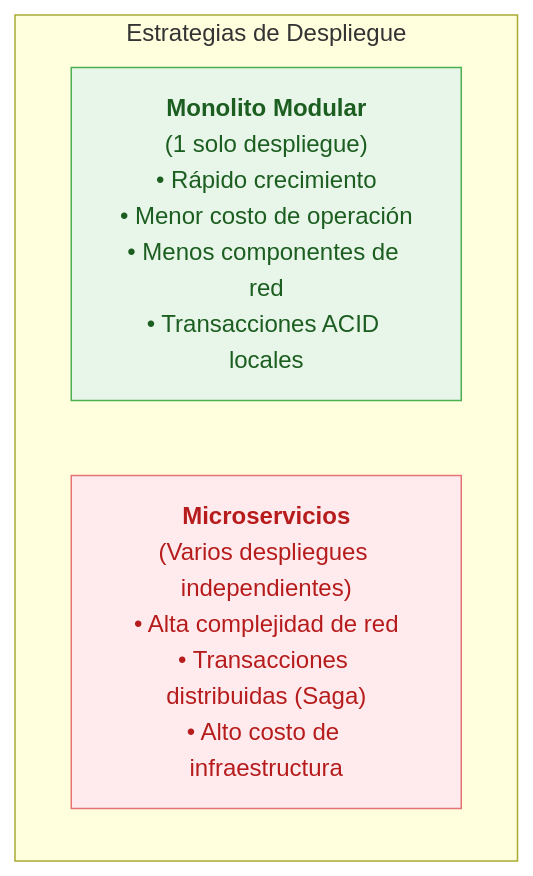
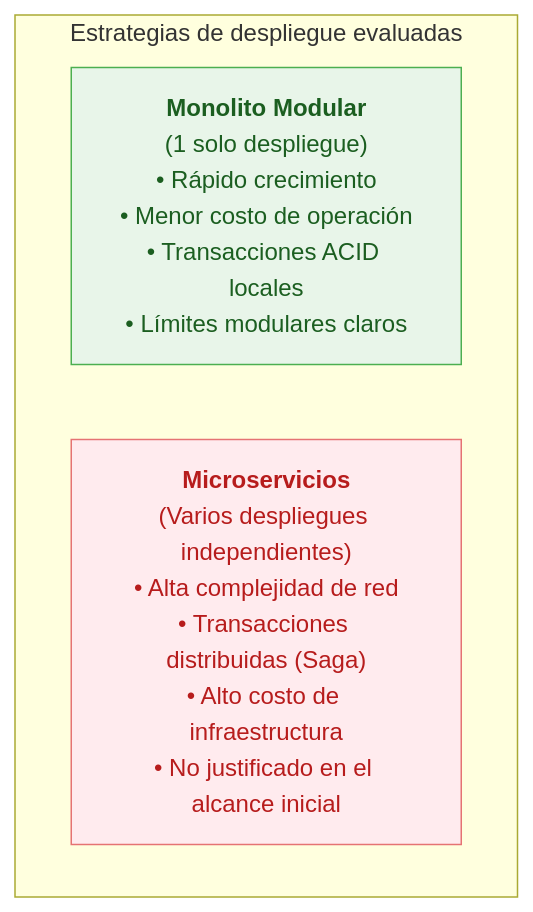
One commit to jos12-prog/transporte-interprovincial-arquitectura changed the first of 3 diagrams in docs/02-arquitectura-software/tecnologias-y-despliegue.md. Above: the diagram before and after it, drawn with Mermaid. The commit also changed other lines of this file and 31 other files, not shown here.

````diff
--- a/docs/02-arquitectura-software/tecnologias-y-despliegue.md
+++ b/docs/02-arquitectura-software/tecnologias-y-despliegue.md
@@ -38,12 +36,12 @@
 ```mermaid
 flowchart TD
-    subgraph OPCIONES["Estrategias de Despliegue"]
-        M["<b>Monolito Modular</b><br/>(1 solo despliegue)<br/>• Rápido crecimiento<br/>• Menor costo de operación<br/>• Menos componentes de red<br/>• Transacciones ACID locales"]
-        MS["<b>Microservicios</b><br/>(Varios despliegues independientes)<br/>• Alta complejidad de red<br/>• Transacciones distribuidas (Saga)<br/>• Alto costo de infraestructura"]
+    subgraph OPCIONES["Estrategias de despliegue evaluadas"]
+        M["<b>Monolito Modular</b><br/>(1 solo despliegue)<br/>• Rápido crecimiento<br/>• Menor costo de operación<br/>• Transacciones ACID locales<br/>• Límites modulares claros"]
+        MS["<b>Microservicios</b><br/>(Varios despliegues independientes)<br/>• Alta complejidad de red<br/>• Transacciones distribuidas (Saga)<br/>• Alto costo de infraestructura<br/>• No justificado en el alcance inicial"]
     end
 
     classDef mon fill:#E8F5E9,stroke:#4CAF50,color:#1B5E20
     classDef mic fill:#FFEBEE,stroke:#E57373,color:#B71C1C
     class M mon
     class MS mic
 ```
````
